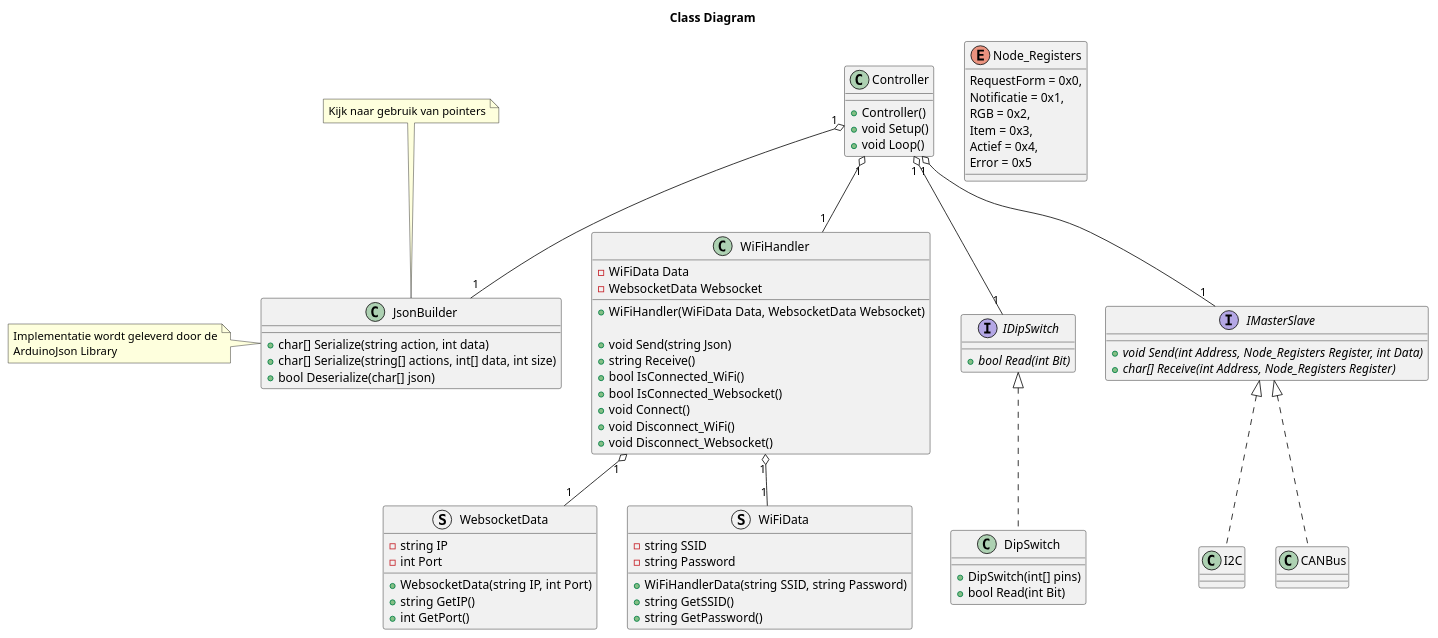
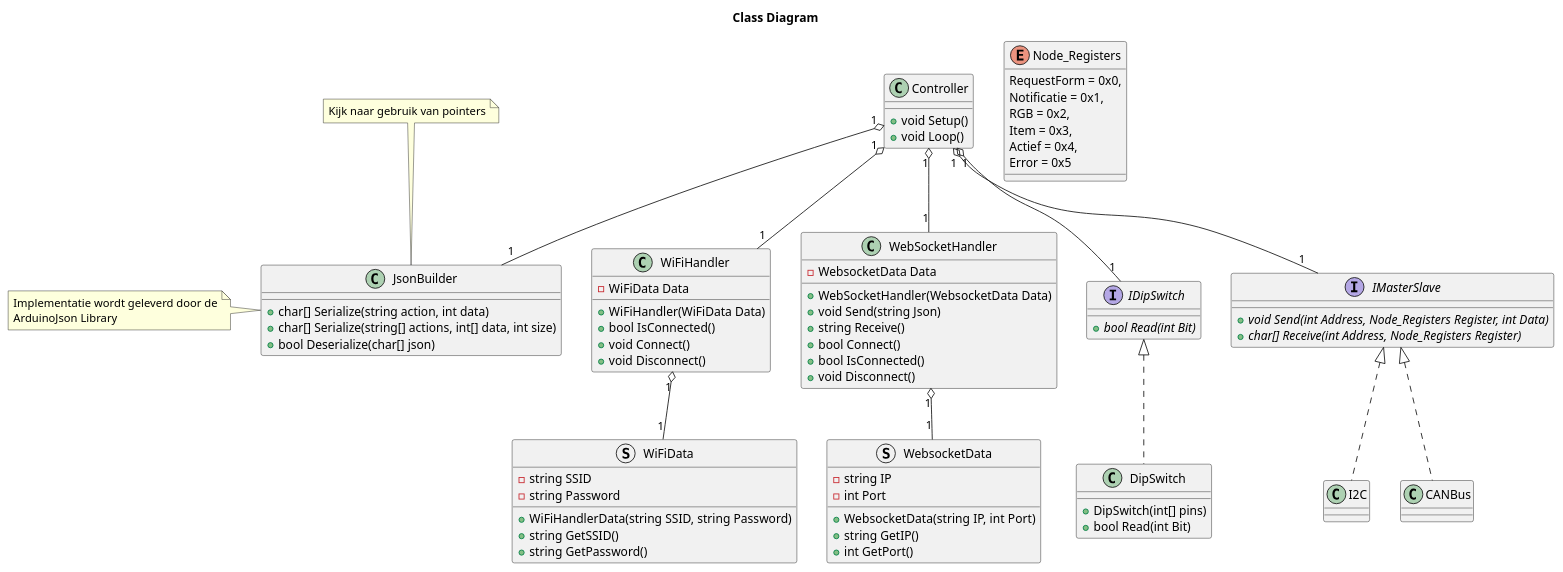
One commit to T3-FindIt/FindIt changed the diagram in Designs/ESP-32/Design.wsd. Above: the diagram before and after it, drawn with PlantUML.

Commit message:
Separated WifiHandeler & WebsocketHandler

```diff
--- a/Designs/ESP-32/Design.wsd
+++ b/Designs/ESP-32/Design.wsd
@@ -1,113 +1,117 @@
 @startuml ClassDiagram
 Title Class Diagram
 
 Class Controller
 {
-    {method} + Controller()
     {method} + void Setup()
     {method} + void Loop()
 }
 
 Class WiFiHandler
 {
     {field} - WiFiData Data
-    {field} - WebsocketData Websocket
+    {method} + WiFiHandler(WiFiData Data)
+    {method} + bool IsConnected()
+    {method} + void Connect()
+    {method} + void Disconnect()
+}
 
-    {method} + WiFiHandler(WiFiData Data, WebsocketData Websocket)
-
+Class WebSocketHandler
+{
+    {field} - WebsocketData Data
+    {method} + WebSocketHandler(WebsocketData Data)
     {method} + void Send(string Json)
     {method} + string Receive()
-    {method} + bool IsConnected_WiFi()
-    {method} + bool IsConnected_Websocket()
-    {method} + void Connect()
-    {method} + void Disconnect_WiFi()
-    {method} + void Disconnect_Websocket()
+    {method} + bool Connect()
+    {method} + bool IsConnected()
+    {method} + void Disconnect()
 }
 
 Struct WebsocketData
 {
     {field} - string IP
     {field} - int Port
 
     {method} + WebsocketData(string IP, int Port)
     {method} + string GetIP()
     {method} + int GetPort()
 }
 
 Struct WiFiData
 {
     {field} - string SSID
     {field} - string Password
 
     {method} + WiFiHandlerData(string SSID, string Password)
     {method} + string GetSSID()
     {method} + string GetPassword()
 }
 
 Interface IDipSwitch
 {
     {abstract} + bool Read(int Bit)
 }
 
 class DipSwitch
 {
     {method} + DipSwitch(int[] pins)
     {method} + bool Read(int Bit)
 }
 
 
 Interface IMasterSlave
 {
     {abstract} + void Send(int Address, Node_Registers Register, int Data)
     {abstract} + char[] Receive(int Address, Node_Registers Register)
 }
 
 enum Node_Registers
 {
     RequestForm = 0x0,
     Notificatie = 0x1,
     RGB = 0x2,
     Item = 0x3,
     Actief = 0x4,
     Error = 0x5
 }
 
 class I2C
 {
     ' {field} - int Address
     ' {field} - int[] KnownAddresses
     ' {method} + I2C_Controller(int Address)
     ' {method} + void Scan()
     ' {method} + void Send(int Address, Node_Registers Register, int Data)
     ' {method} + char[] Receive(int Address, Node_Registers Register)
 }
 
 Class JsonBuilder
 {
     {method} + char[] Serialize(string action, int data)
     {method} + char[] Serialize(string[] actions, int[] data, int size)
     {method} + bool Deserialize(char[] json)
 }
 
 note left of JsonBuilder : Implementatie wordt geleverd door de\nArduinoJson Library
 note top of JsonBuilder : Kijk naar gebruik van pointers
 
 ' EMPTY CLASSES
 Class CANBus
 ' END OF EMPYY CLASSES 
 
 IMasterSlave <|.. I2C
 IMasterSlave <|.. CANBus
 IDipSwitch <|.. DipSwitch
 
 Controller "1" o-- "1" WiFiHandler
 Controller "1" o-- "1" IMasterSlave
 Controller "1" o-- "1" JsonBuilder
 Controller "1" o-down- "1" IDipSwitch
+Controller "1" o-- "1" WebSocketHandler
 
 WiFiHandler "1" o-- "1" WiFiData
-WiFiHandler "1" o-- "1" WebsocketData
+WebSocketHandler "1" o-- "1" WebsocketData
 
 ' See if we should separate WebSocket & WiFi
 
 @enduml
```
